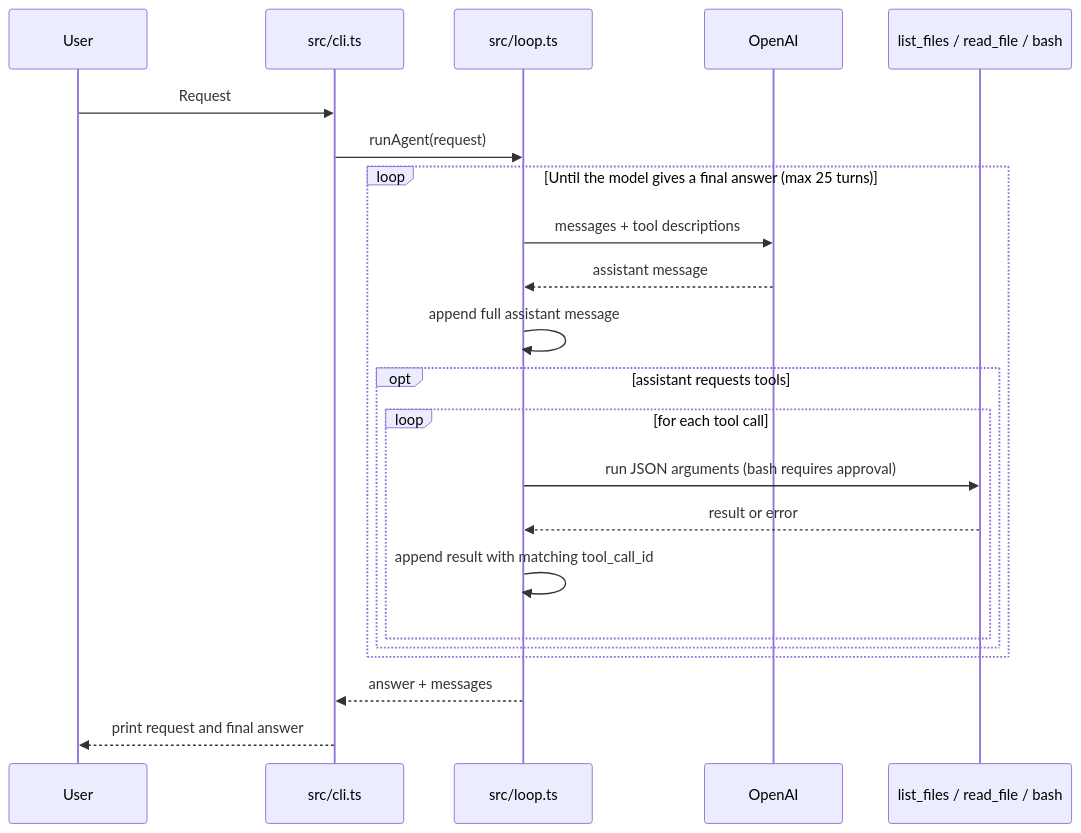
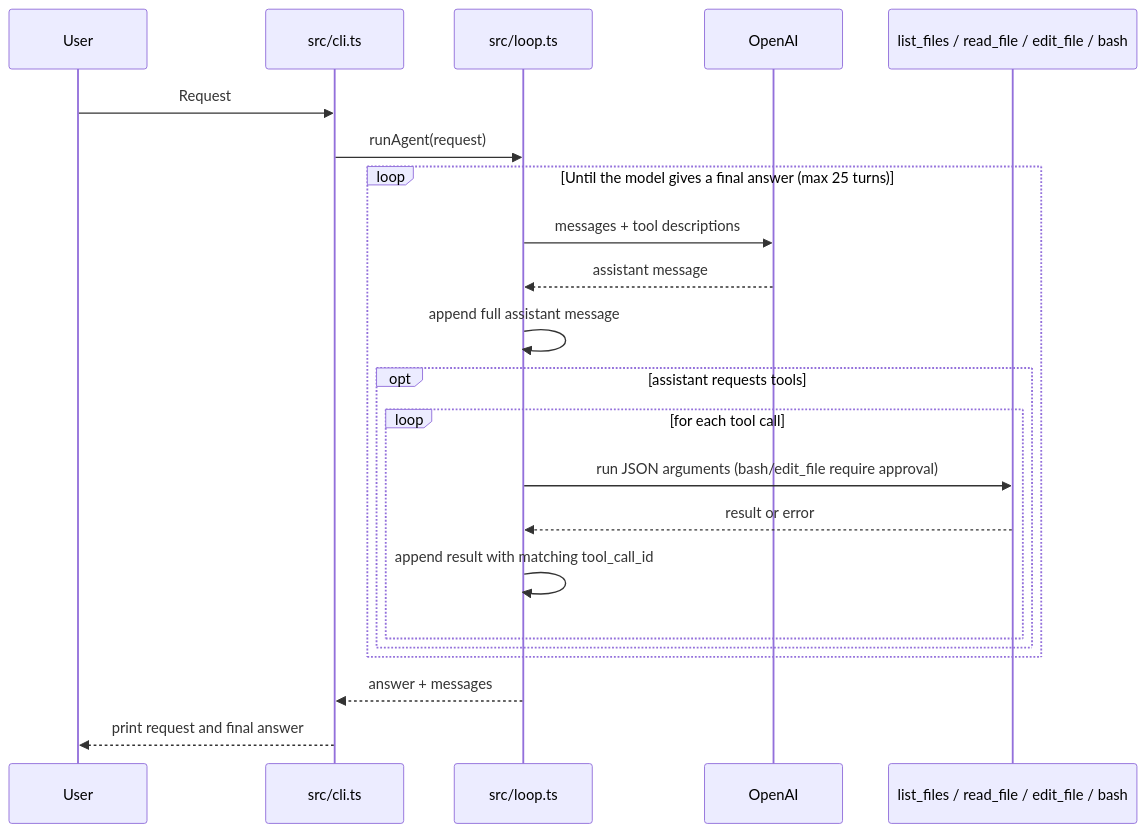
Before and after one commit to petermekhaeil/mini-agent: the diagram in README.md, drawn with Mermaid. The commit also changed other lines of this file and 5 other files, not shown here.

````diff
--- a/README.md
+++ b/README.md
@@ -22,25 +22,25 @@
 ```mermaid
 sequenceDiagram
     participant User
     participant CLI as src/cli.ts
     participant Agent as src/loop.ts
     participant OpenAI
-    participant Tools as list_files / read_file / bash
+    participant Tools as list_files / read_file / edit_file / bash
 
     User->>CLI: Request
     CLI->>Agent: runAgent(request)
     loop Until the model gives a final answer (max 25 turns)
         Agent->>OpenAI: messages + tool descriptions
         OpenAI-->>Agent: assistant message
         Agent->>Agent: append full assistant message
         opt assistant requests tools
             loop for each tool call
-                Agent->>Tools: run JSON arguments (bash requires approval)
+                Agent->>Tools: run JSON arguments (bash/edit_file require approval)
                 Tools-->>Agent: result or error
                 Agent->>Agent: append result with matching tool_call_id
             end
         end
     end
     Agent-->>CLI: answer + messages
     CLI-->>User: print request and final answer
 ```
````
